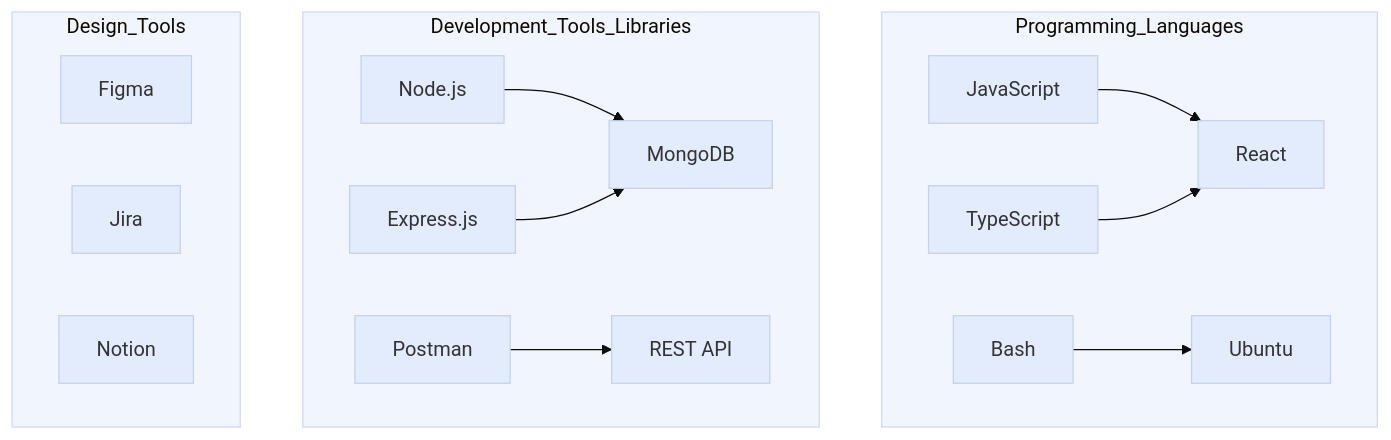
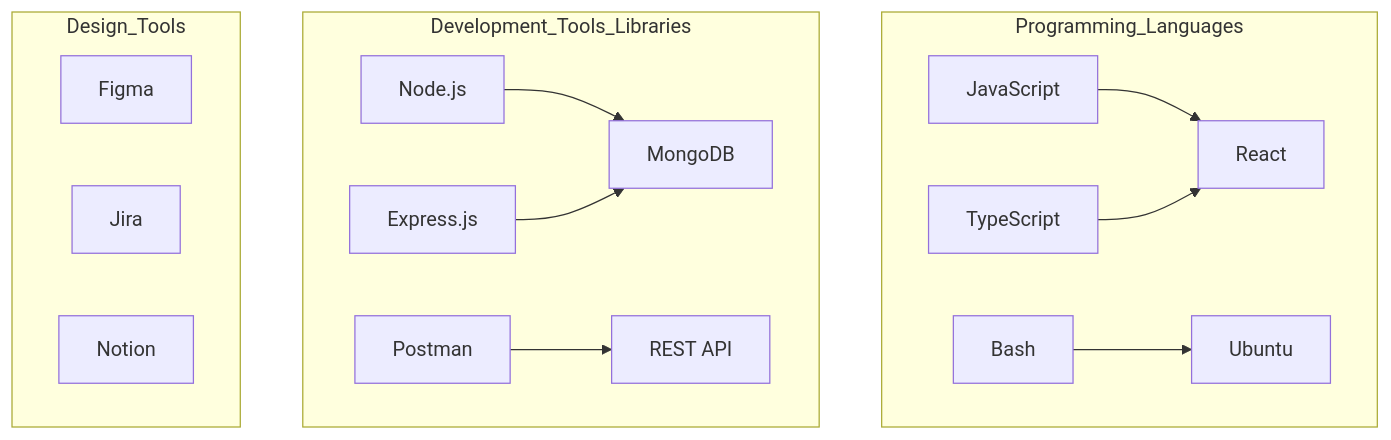
Before and after one commit to alejandroo-pc/alejandroo-pc: the diagram in README.md, drawn with Mermaid.

````diff
--- a/README.md
+++ b/README.md
@@ -11,29 +11,30 @@
 ```mermaid
 %%{
   init: {
     'theme': 'base',
     'themeVariables': {
       'primaryColor': '#E3ECFD',
       'tertiaryColor': '#F0F5FE'
+      'darkMode': 'true',
     }
   }
 }%%
 graph TD;
     subgraph Programming_Languages
         A[JavaScript] --> B[React]
         C[TypeScript] --> B[React]
         D[Bash] --> E[Ubuntu]
     end
 
     subgraph Development_Tools_Libraries
         F[Node.js] --> G[MongoDB]
         H[Express.js] --> G[MongoDB]
         I[Postman] --> J[REST API]
     end
     
     subgraph Design_Tools
         K[Figma] 
         L[Jira]
         M[Notion]
     end
 ```
````
